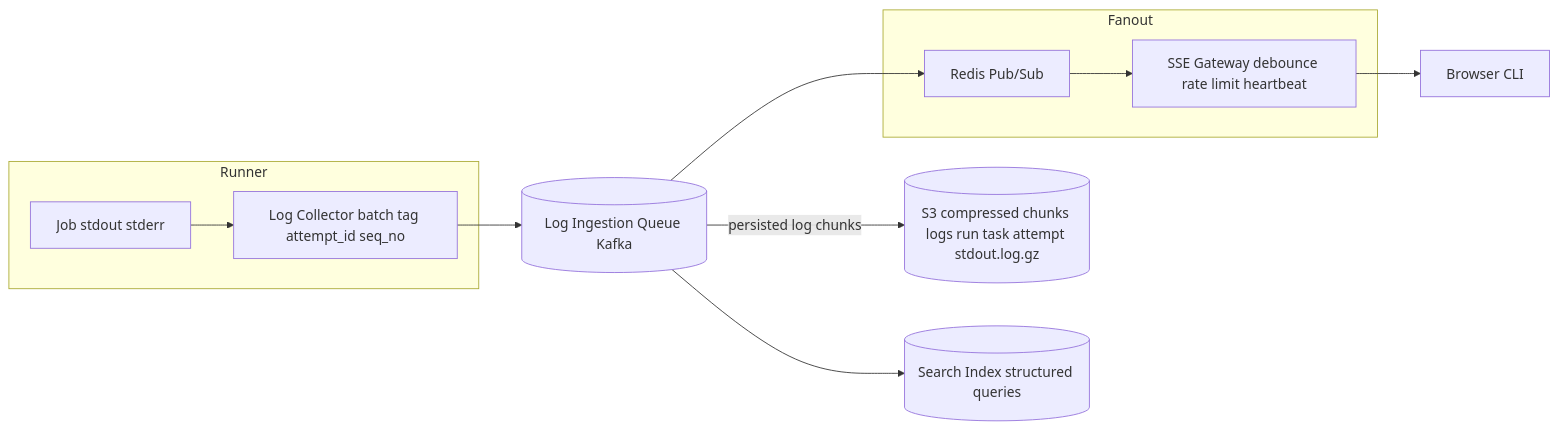
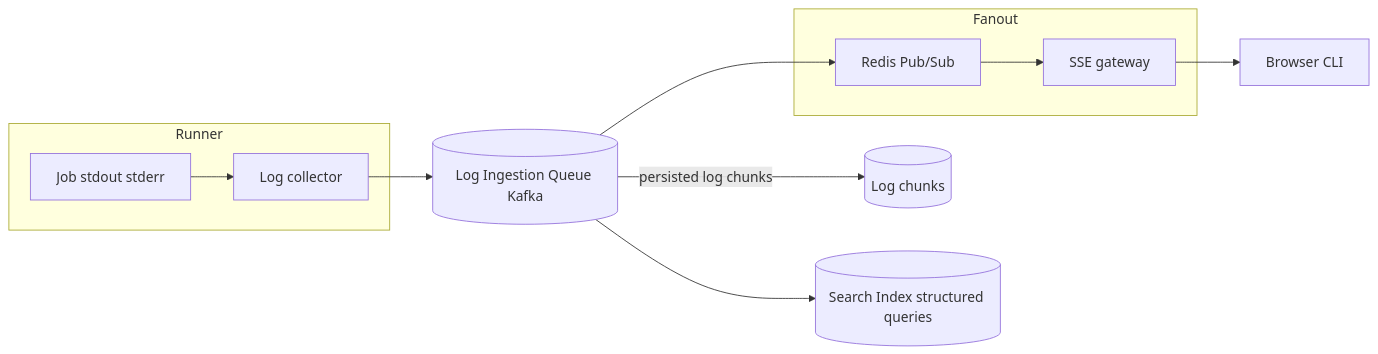
One commit to AlohaJava/system-design-interview-chamkin changed the sixth of 6 diagrams in 02-case-studies/ci-cd-system.md. Above: the diagram before and after it, drawn with Mermaid. The commit also changed other lines of this file and 49 other files, not shown here.

````diff
--- a/02-case-studies/ci-cd-system.md
+++ b/02-case-studies/ci-cd-system.md
@@ -443,20 +395,20 @@
 ```mermaid
 flowchart LR
     subgraph Runner["Runner"]
         Job["Job stdout stderr"]
-        LC["Log Collector batch tag attempt_id seq_no"]
+        LC["Log collector"]
     end
     LQ[("Log Ingestion Queue Kafka")]
     subgraph Fanout["Fanout"]
         PS["Redis Pub/Sub"]
-        SSE["SSE Gateway debounce rate limit heartbeat"]
+        SSE["SSE gateway"]
     end
     UI["Browser CLI"]
-    S3[("S3 compressed chunks logs run task attempt stdout.log.gz")]
+    S3[("Log chunks")]
     SI[("Search Index structured queries")]
 
     Job --> LC --> LQ
     LQ --> PS --> SSE --> UI
     LQ -->|"persisted log chunks"| S3
     LQ --> SI
 ```
````
